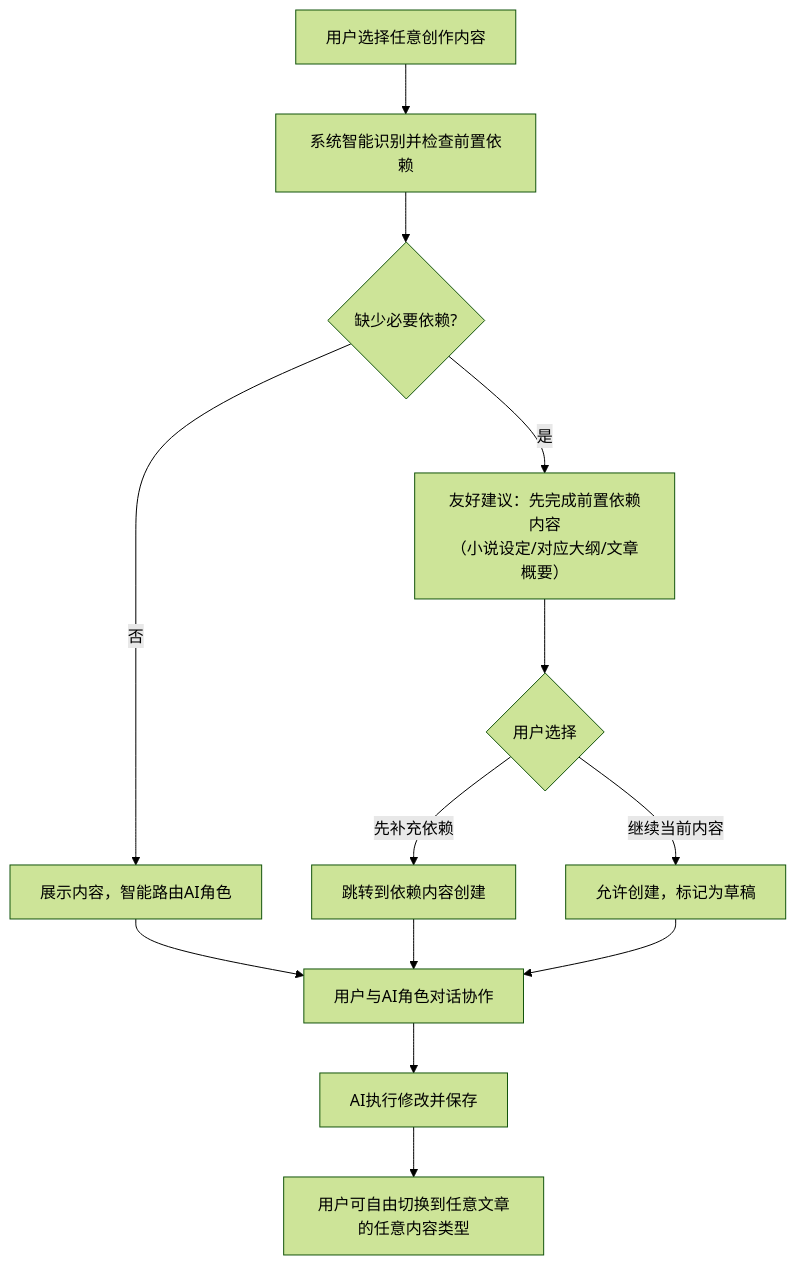
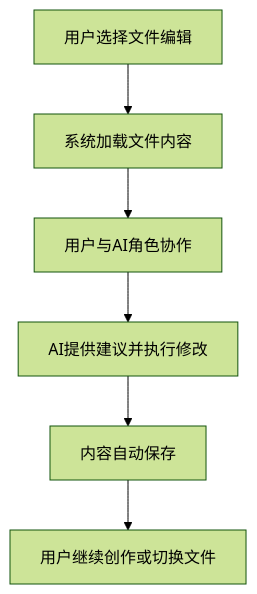
Before and after one commit to jiangxia/novel-sys: the third of 6 diagrams in docs/【PRD】小说创作工具.md, drawn with Mermaid (forest theme). The commit also changed other lines of this file and 4 other files, not shown here.

````diff
--- a/docs/【PRD】小说创作工具.md
+++ b/docs/【PRD】小说创作工具.md
@@ -132,15 +132,8 @@
 ```mermaid
 flowchart TD
-    A[用户选择任意创作内容] --> B[系统智能识别并检查前置依赖]
-    B --> C{缺少必要依赖?}
-    C -->|否| D[展示内容，智能路由AI角色]
-    C -->|是| E[友好建议：先完成前置依赖内容<br/>（小说设定/对应大纲/文章概要）]
-    E --> F{用户选择}
-    F -->|先补充依赖| G[跳转到依赖内容创建]
-    F -->|继续当前内容| H[允许创建，标记为草稿]
-    D --> I[用户与AI角色对话协作]
-    G --> I
-    H --> I
-    I --> J[AI执行修改并保存]
-    J --> K[用户可自由切换到任意文章的任意内容类型]
+    A[用户选择文件编辑] --> B[系统加载文件内容]
+    B --> C[用户与AI角色协作]
+    C --> D[AI提供建议并执行修改]
+    D --> E[内容自动保存]
+    E --> F[用户继续创作或切换文件]
 ```
````
